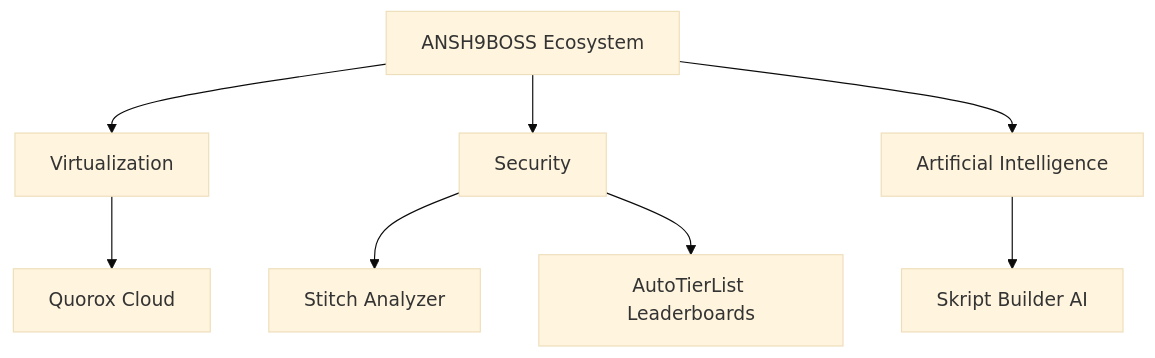
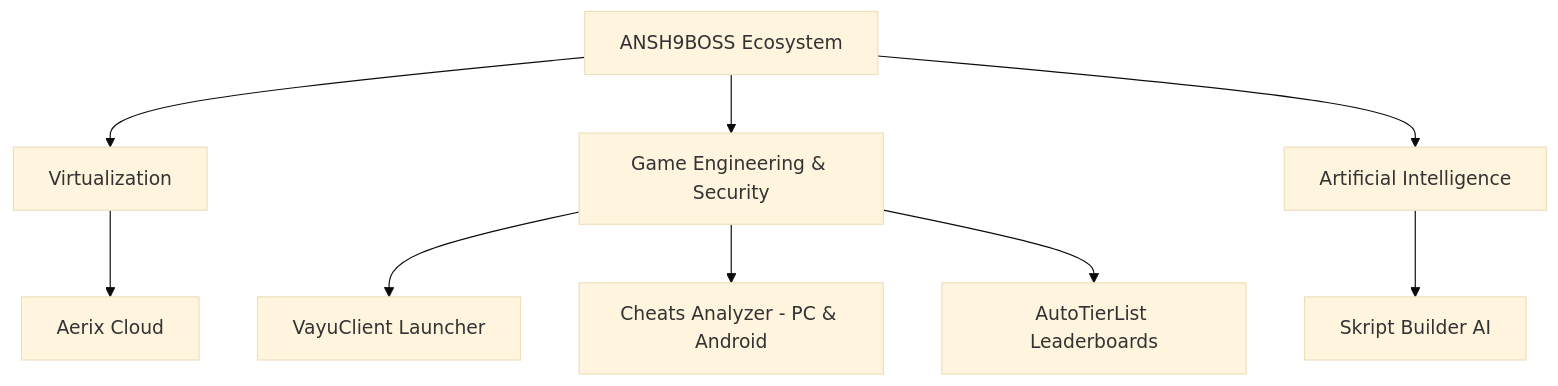
One commit to ANSH9BOSS/new-portfolio changed the diagram in profile.md. Above: the diagram before and after it, drawn with Mermaid (base theme). The commit also changed other lines of this file and 30 other files, not shown here.

````diff
--- a/profile.md
+++ b/profile.md
@@ -42,11 +43,12 @@
 ```mermaid
 graph TD
     A[ANSH9BOSS Ecosystem] --> B[Virtualization]
-    A --> C[Security]
+    A --> C[Game Engineering & Security]
     A --> D[Artificial Intelligence]
     
-    B --> B1[Quorox Cloud]
-    C --> C1[Stitch Analyzer]
-    C --> C2[AutoTierList Leaderboards]
+    B --> B1[Aerix Cloud]
+    C --> C1[VayuClient Launcher]
+    C --> C2[Cheats Analyzer - PC & Android]
+    C --> C3[AutoTierList Leaderboards]
     D --> D1[Skript Builder AI]
 ```
````
